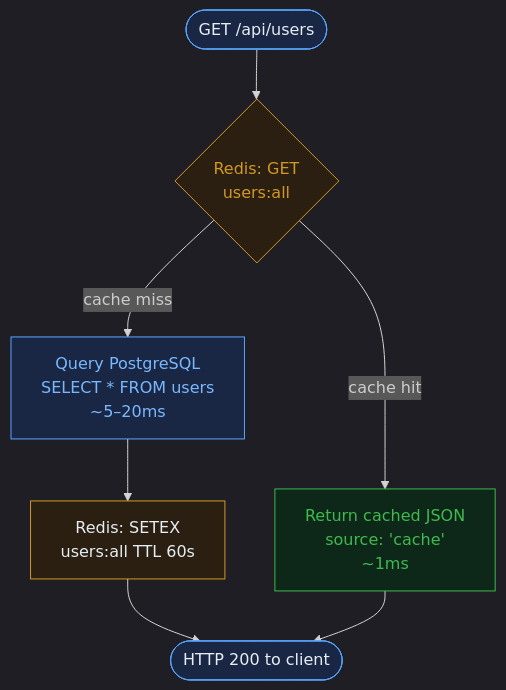
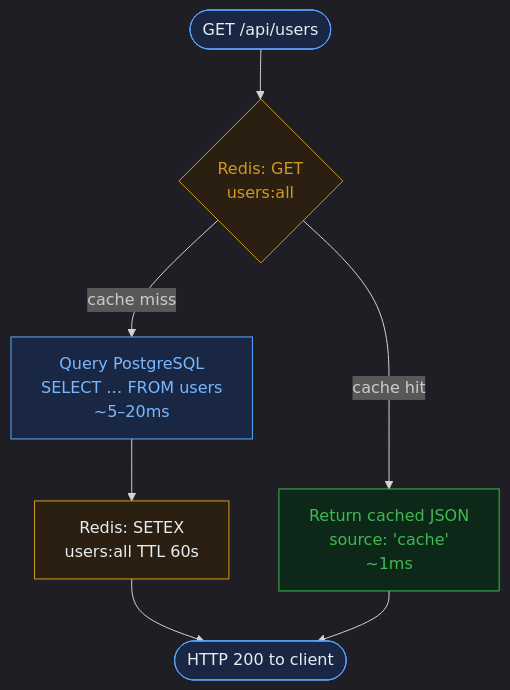
One commit to vsindevops/30-days-devops changed the fourth of 4 diagrams in _posts/2026-05-15-day-03-docker-compose-full-stack.md. Above: the diagram before and after it, drawn with Mermaid. The commit also changed other lines of this file and 1 other file, not shown here.

````diff
--- a/_posts/2026-05-15-day-03-docker-compose-full-stack.md
+++ b/_posts/2026-05-15-day-03-docker-compose-full-stack.md
@@ -852,24 +854,24 @@
 ```mermaid
 %%{init: {'theme': 'dark'}}%%
 flowchart TD
     REQ(["GET /api/users"]):::entry
     CHECK{"Redis: GET\nusers:all"}:::decision
 
     HIT["Return cached JSON\nsource: 'cache'\n~1ms"]:::fast
-    MISS["Query PostgreSQL\nSELECT * FROM users\n~5–20ms"]:::slow
+    MISS["Query PostgreSQL\nSELECT … FROM users\n~5–20ms"]:::slow
     STORE["Redis: SETEX\nusers:all  TTL 60s"]:::store
     RESP(["HTTP 200 to client"]):::entry
 
     REQ --> CHECK
     CHECK -->|"cache hit"| HIT
     CHECK -->|"cache miss"| MISS
     MISS --> STORE
     STORE --> RESP
     HIT --> RESP
 
     classDef entry    fill:#1a2744,stroke:#58a6ff,color:#e6edf3
     classDef decision fill:#2a1f10,stroke:#d29922,color:#d29922
     classDef fast     fill:#0d2818,stroke:#3fb950,color:#3fb950
     classDef slow     fill:#1a2744,stroke:#58a6ff,color:#79b8ff
     classDef store    fill:#2a1f10,stroke:#d29922,color:#e6edf3
 ```
````
